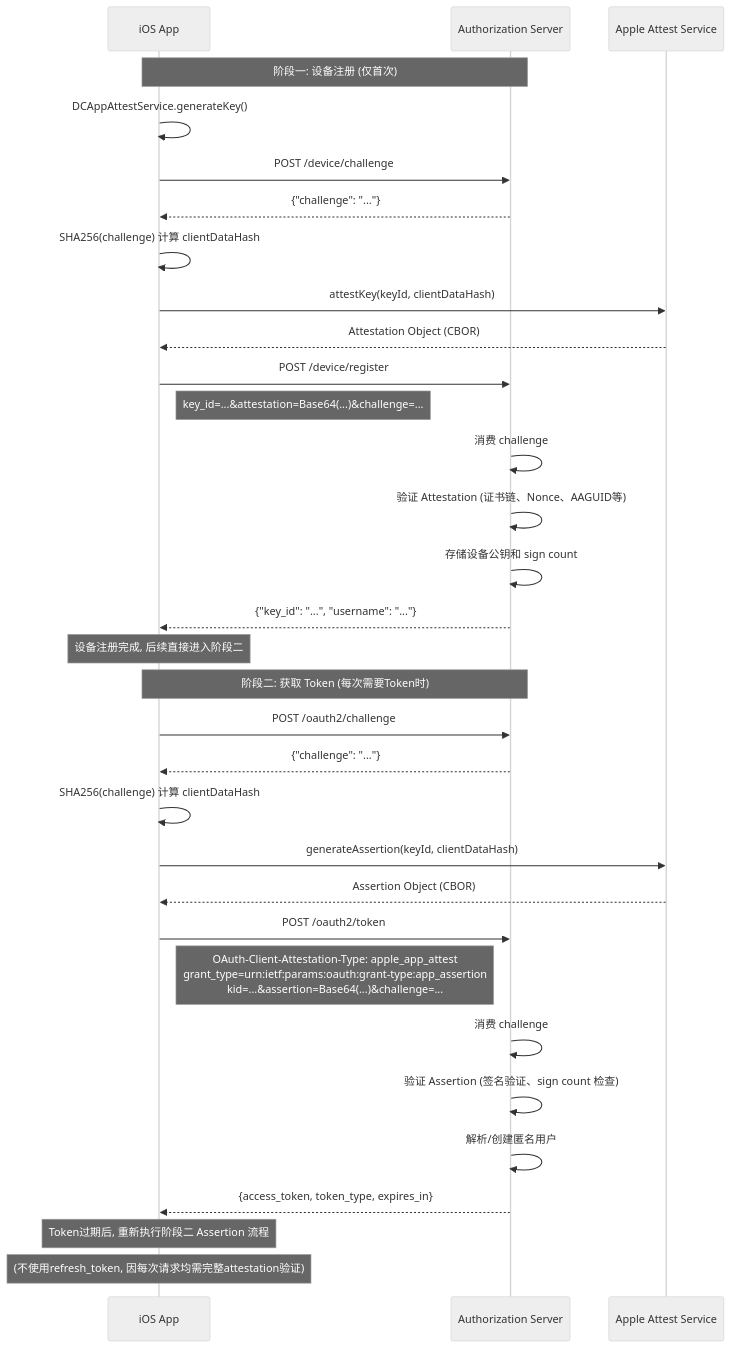
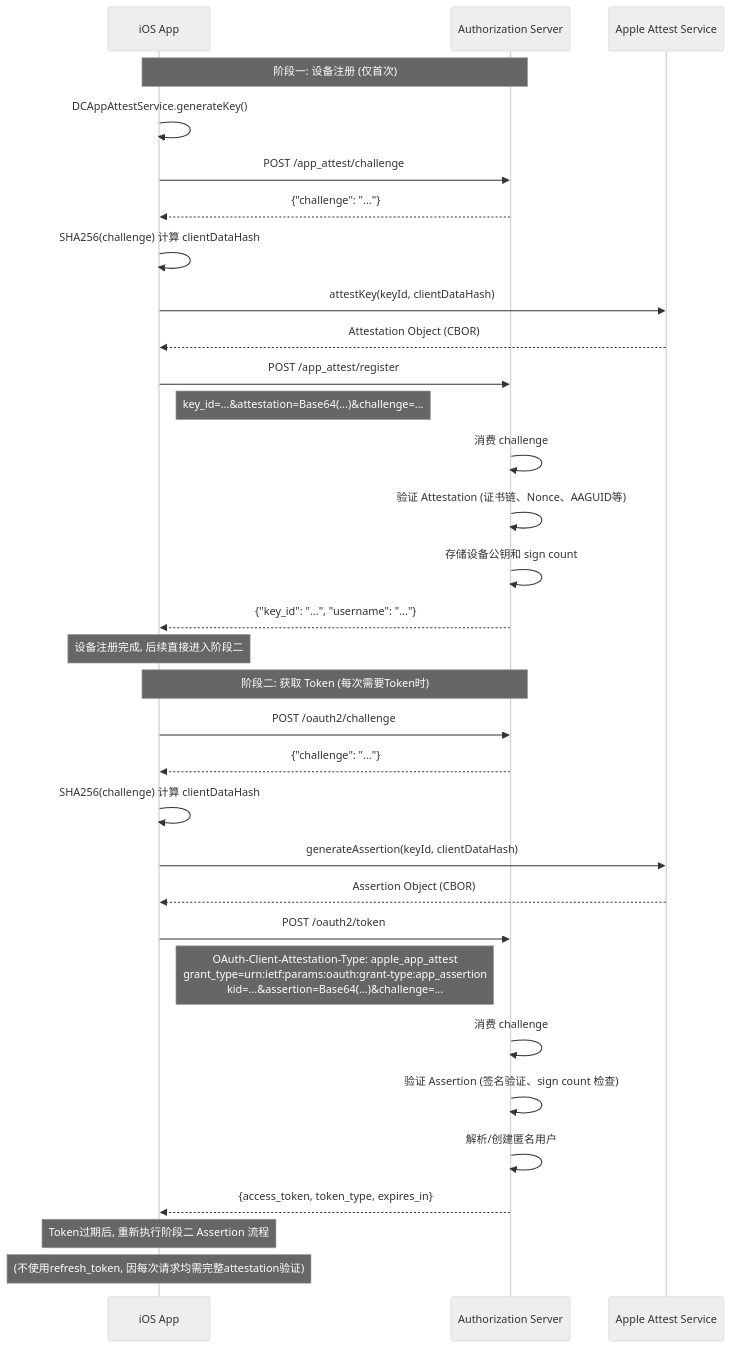
Before and after one commit to euler-projects/euler-framework: the diagram in docs/apis/zh-cn/APIs-#-Apple-App-Attest.md, drawn with Mermaid (neutral theme). The commit also changed other lines of this file and 2 other files, not shown here.

````diff
--- a/docs/apis/zh-cn/APIs-#-Apple-App-Attest.md
+++ b/docs/apis/zh-cn/APIs-#-Apple-App-Attest.md
@@ -140,42 +148,42 @@
 ```mermaid
 sequenceDiagram
     participant App as iOS App
     participant Server as Authorization Server
     participant Apple as Apple Attest Service
 
     Note over App,Server: 阶段一: 设备注册 (仅首次)
     App->>App: DCAppAttestService.generateKey()
-    App->>Server: POST /device/challenge
+    App->>Server: POST /app_attest/challenge
     Server-->>App: {"challenge": "..."}
 
     App->>App: SHA256(challenge) 计算 clientDataHash
     App->>Apple: attestKey(keyId, clientDataHash)
     Apple-->>App: Attestation Object (CBOR)
 
-    App->>Server: POST /device/register
+    App->>Server: POST /app_attest/register
     Note right of App: key_id=...&attestation=Base64(...)&challenge=...
     Server->>Server: 消费 challenge
     Server->>Server: 验证 Attestation (证书链、Nonce、AAGUID等)
     Server->>Server: 存储设备公钥和 sign count
     Server-->>App: {"key_id": "...", "username": "..."}
 
     Note over App: 设备注册完成, 后续直接进入阶段二
 
     Note over App,Server: 阶段二: 获取 Token (每次需要Token时)
     App->>Server: POST /oauth2/challenge
     Server-->>App: {"challenge": "..."}
 
     App->>App: SHA256(challenge) 计算 clientDataHash
     App->>Apple: generateAssertion(keyId, clientDataHash)
     Apple-->>App: Assertion Object (CBOR)
 
     App->>Server: POST /oauth2/token
     Note right of App: OAuth-Client-Attestation-Type: apple_app_attest<br/>grant_type=urn:ietf:params:oauth:grant-type:app_assertion<br/>kid=...&assertion=Base64(...)&challenge=...
     Server->>Server: 消费 challenge
     Server->>Server: 验证 Assertion (签名验证、sign count 检查)
     Server->>Server: 解析/创建匿名用户
     Server-->>App: {access_token, token_type, expires_in}
 
     Note over App: Token过期后, 重新执行阶段二 Assertion 流程
     Note over App: (不使用refresh_token, 因每次请求均需完整attestation验证)
 ```
````
